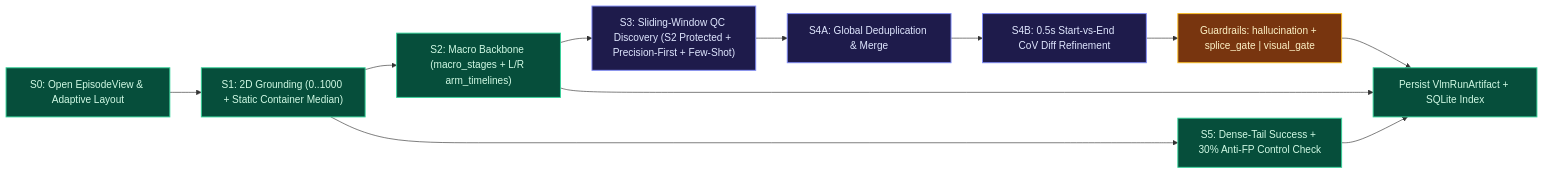
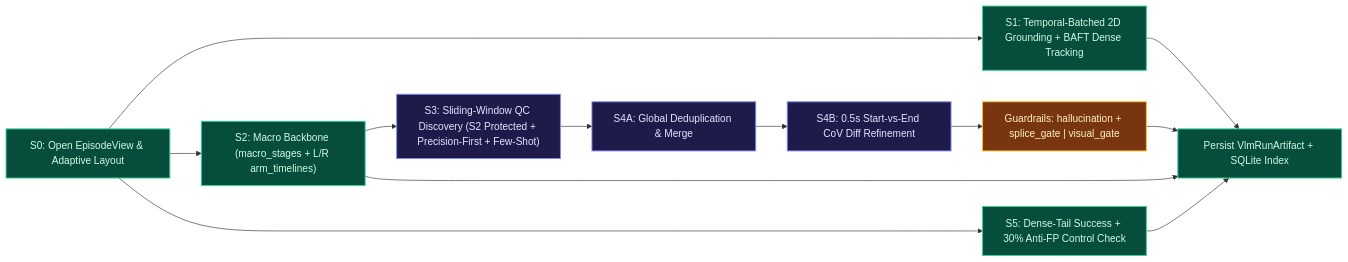
One commit to LVultimatefun/DDBR changed the second of 3 diagrams in docs/architecture.md. Above: the diagram before and after it, drawn with Mermaid. The commit also changed other lines of this file and 53 other files, not shown here.

Commit message:
feat: port 2D grounding BAFT tracker, temporal batching, VLM cancel sync, and Studio UX upgrades

````diff
--- a/docs/architecture.md
+++ b/docs/architecture.md
@@ -106,15 +106,15 @@
 ```mermaid
 flowchart LR
     classDef cached fill:#064e3b,stroke:#34d399,stroke-width:1.5px,color:#d1fae5
     classDef iter fill:#1e1b4b,stroke:#818cf8,stroke-width:1.5px,color:#e0e7ff
     classDef guard fill:#78350f,stroke:#fbbf24,stroke-width:1.5px,color:#fef3c7
 
-    S0["S0: Open EpisodeView & Adaptive Layout"]:::cached --> S1["S1: 2D Grounding (0..1000 + Static Container Median)"]:::cached
-    S1 --> S2["S2: Macro Backbone (macro_stages + L/R arm_timelines)"]:::cached
-    S1 --> S5["S5: Dense-Tail Success + 30% Anti-FP Control Check"]:::cached
+    S0["S0: Open EpisodeView & Adaptive Layout"]:::cached --> S1["S1: Temporal-Batched 2D Grounding + BAFT Dense Tracking"]:::cached
+    S0 --> S2["S2: Macro Backbone (macro_stages + L/R arm_timelines)"]:::cached
+    S0 --> S5["S5: Dense-Tail Success + 30% Anti-FP Control Check"]:::cached
     S2 --> S3["S3: Sliding-Window QC Discovery (S2 Protected + Precision-First + Few-Shot)"]:::iter
     S3 --> S4A["S4A: Global Deduplication & Merge"]:::iter
     S4A --> S4B["S4B: 0.5s Start-vs-End CoV Diff Refinement"]:::iter
     S4B --> GRD["Guardrails: hallucination + splice_gate | visual_gate"]:::guard
-    S2 & S5 & GRD --> OUT["Persist VlmRunArtifact + SQLite Index"]:::cached
+    S1 & S2 & S5 & GRD --> OUT["Persist VlmRunArtifact + SQLite Index"]:::cached
 ```
````
